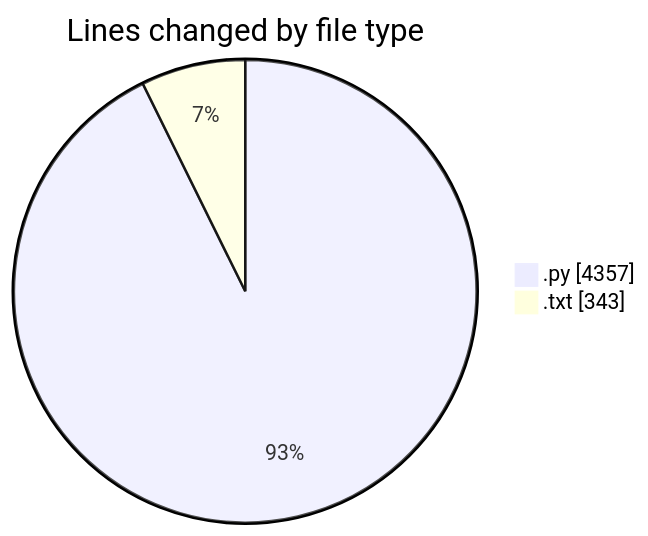
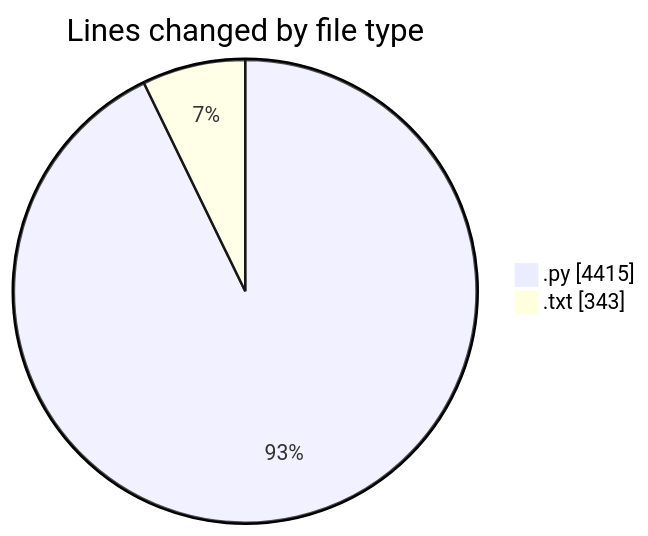
One commit to Ritupan-Deka/code-tracking changed the first of 2 diagrams in 2025-05-26/zip_file/README.md. Above: the diagram before and after it, drawn with Mermaid. The commit also changed other lines of this file and 1 other file, not shown here.

````diff
--- a/2025-05-26/zip_file/README.md
+++ b/2025-05-26/zip_file/README.md
@@ -35,6 +35,6 @@
 ```mermaid
 pie showData
 title Lines changed by file type
-".py" : 4357
+".py" : 4415
 ".txt" : 343
 ```
````
